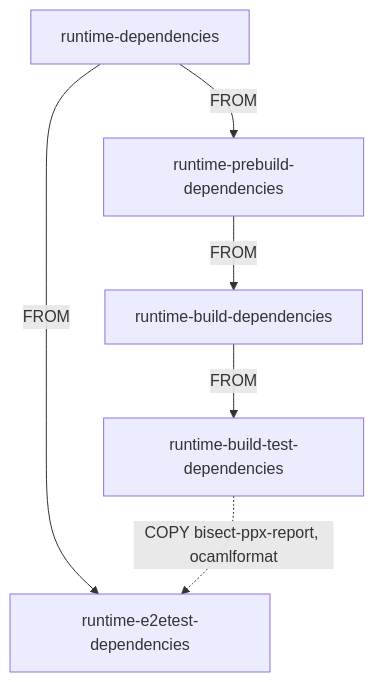
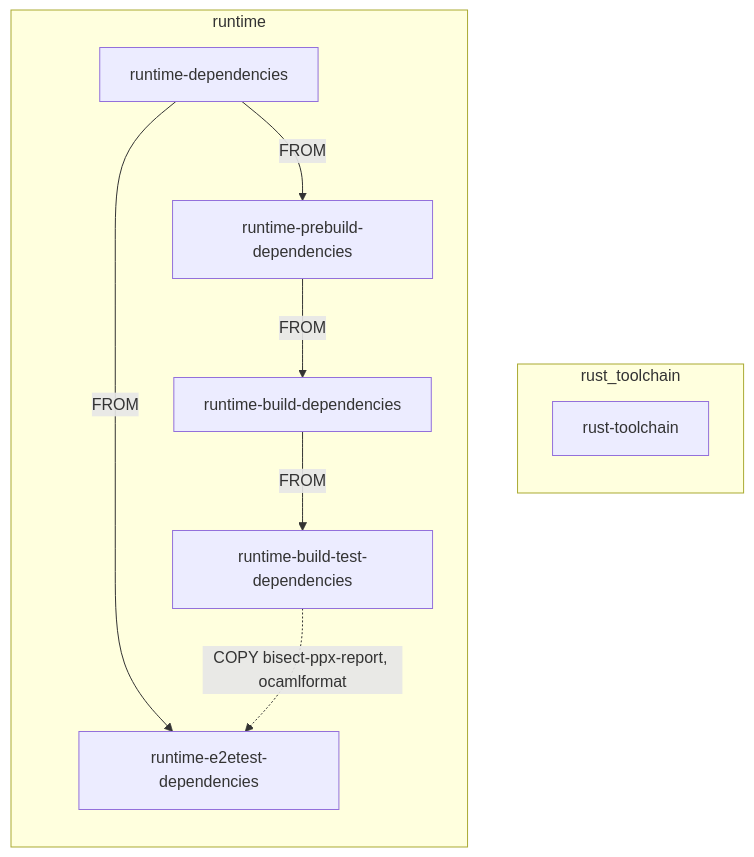
Before and after one commit to Vertalo/opam-repository: the diagram in README.md, drawn with Mermaid. The commit also changed other lines of this file and 9 other files, not shown here.

Commit message:
Integrate the [rust-toolchain] image

````diff
--- a/README.md
+++ b/README.md
@@ -22,16 +24,25 @@
 ```mermaid
 graph TB
 
-    R[runtime-dependencies]
-    RP[runtime-prebuild-dependencies]
-    RB[runtime-build-dependencies]
-    RT[runtime-build-test-dependencies]
-    RE[runtime-e2etest-dependencies]
+    subgraph rust_toolchain
+        direction TB
+        RTC[rust-toolchain]
+    end
 
-    R -->|FROM| RP
-    RP -->|FROM| RB
-    RB -->|FROM| RT
+    subgraph runtime
+        direction TB
 
-    R -->|FROM| RE
-    RT -.->|COPY bisect-ppx-report, ocamlformat| RE
+        R[runtime-dependencies]
+        RP[runtime-prebuild-dependencies]
+        RB[runtime-build-dependencies]
+        RT[runtime-build-test-dependencies]
+        RE[runtime-e2etest-dependencies]
+
+        R -->|FROM| RP
+        RP -->|FROM| RB
+        RB -->|FROM| RT
+
+        R -->|FROM| RE
+        RT -.->|COPY bisect-ppx-report, ocamlformat| RE
+    end
 ```
````
